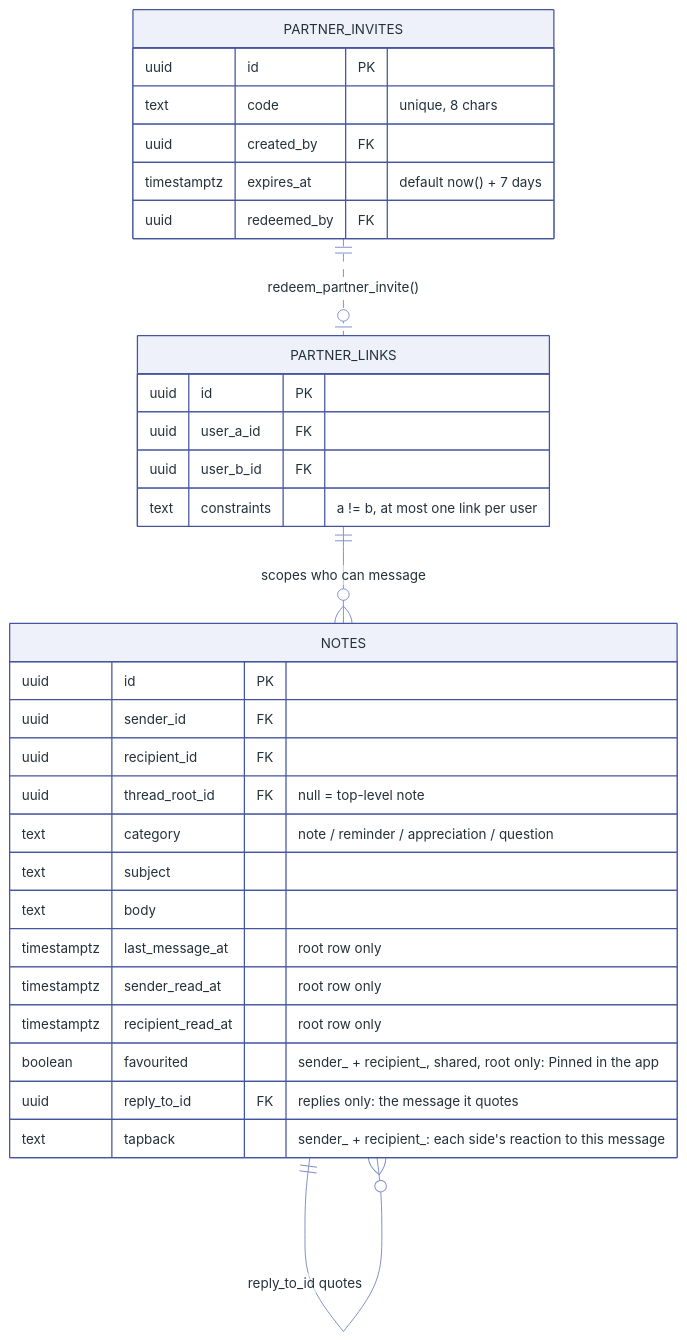
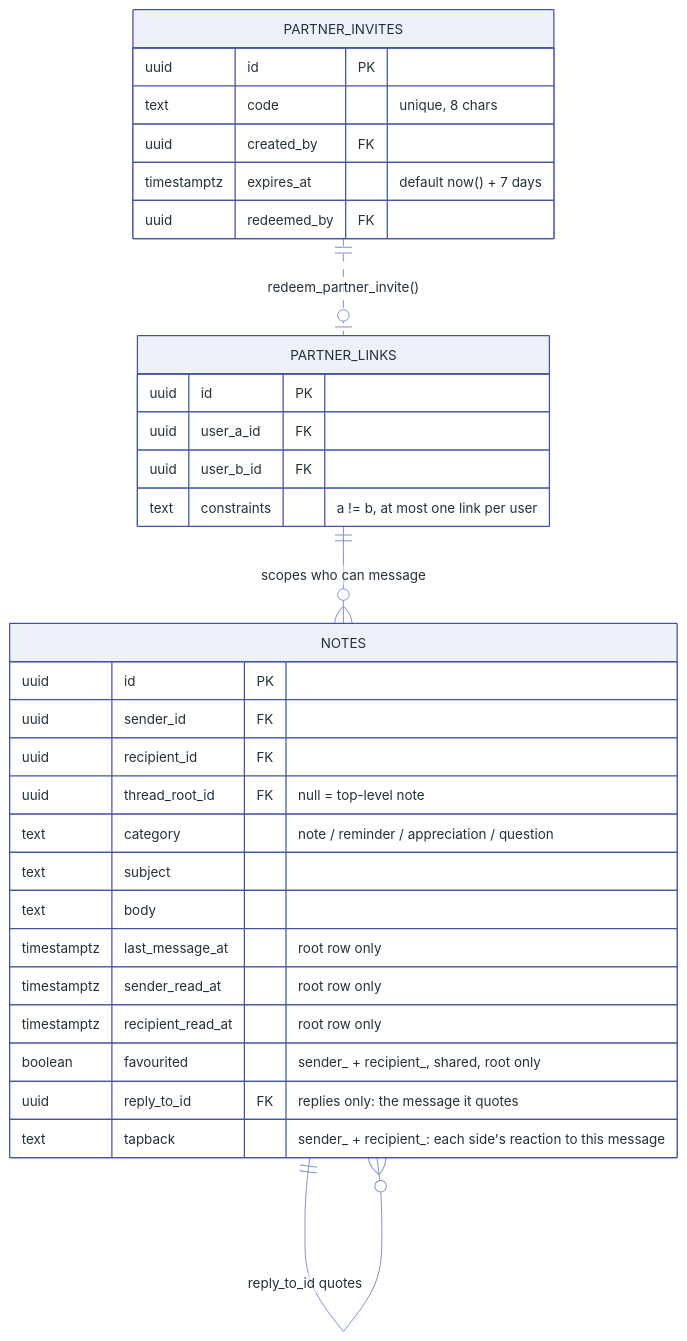
The fourth of 7 diagrams in docs/data-model.md (xxvazquez/health-management), drawn with Mermaid before and after one commit. The commit also changed 12 other files, not shown here.

````diff
--- a/docs/data-model.md
+++ b/docs/data-model.md
@@ -292,41 +292,41 @@
 ```mermaid
 %%{init: {"theme": "base", "themeVariables": {
   "primaryColor": "#eef1fa", "primaryBorderColor": "#4554a1",
   "primaryTextColor": "#24313a", "lineColor": "#7d8ec7",
   "fontFamily": "Inter, -apple-system, sans-serif", "fontSize": "14px"
 }}}%%
 erDiagram
     PARTNER_INVITES ||..o| PARTNER_LINKS : "redeem_partner_invite()"
     PARTNER_LINKS   ||--o{ NOTES         : "scopes who can message"
     NOTES           ||--o{ NOTES         : "thread_root_id replies"
     NOTES           ||--o{ NOTES         : "reply_to_id quotes"
 
     PARTNER_INVITES {
         uuid        id PK
         text        code "unique, 8 chars"
         uuid        created_by FK
         timestamptz expires_at "default now() + 7 days"
         uuid        redeemed_by FK
     }
     PARTNER_LINKS {
         uuid id PK
         uuid user_a_id FK
         uuid user_b_id FK
         text constraints "a != b, at most one link per user"
     }
     NOTES {
         uuid        id PK
         uuid        sender_id FK
         uuid        recipient_id FK
         uuid        thread_root_id FK "null = top-level note"
         text        category "note / reminder / appreciation / question"
         text        subject
         text        body
         timestamptz last_message_at "root row only"
         timestamptz sender_read_at "root row only"
         timestamptz recipient_read_at "root row only"
-        boolean     favourited "sender_ + recipient_, shared, root only: Pinned in the app"
+        boolean     favourited "sender_ + recipient_, shared, root only"
         uuid        reply_to_id FK "replies only: the message it quotes"
         text        tapback "sender_ + recipient_: each side's reaction to this message"
     }
 ```
````
